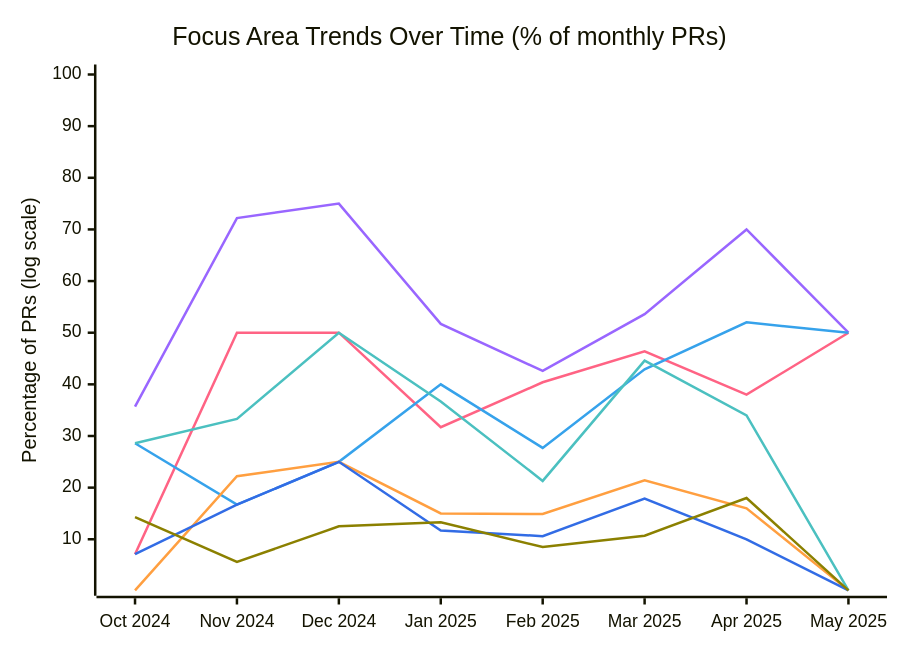
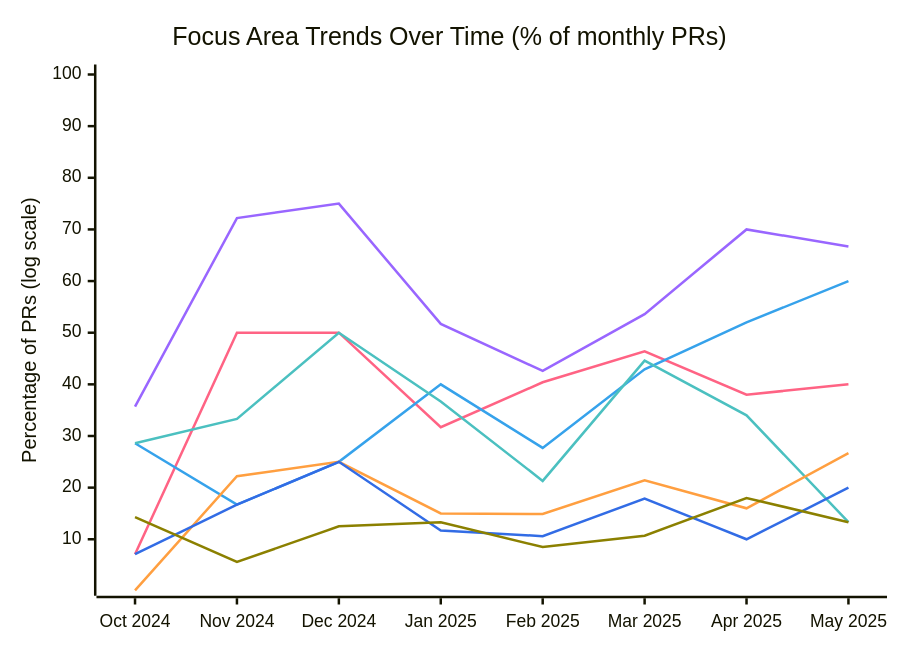
One commit to microsoft/edge-ai changed the eighth of 11 diagrams in docs/contributions.md. Above: the diagram before and after it, drawn with Mermaid. The commit also changed other lines of this file and 6 other files, not shown here.

````diff
--- a/docs/contributions.md
+++ b/docs/contributions.md
@@ -252,8 +258,8 @@
 ``` mermaid
 %%{init: {"themeVariables": {"xyChart": {"plotColorPalette": "#9966FF, #FF6384, #36A2EB, #4BC0C0, #FF9F40, #326CE5, #8B8000"}}}}%%
 xychart-beta
     title "Focus Area Trends Over Time (% of monthly PRs)"
     x-axis ["Oct 2024", "Nov 2024", "Dec 2024", "Jan 2025", "Feb 2025", "Mar 2025", "Apr 2025", "May 2025"]
     y-axis "Percentage of PRs (log scale)" 1 --> 100
-        line "Features" [35.7, 72.2, 75, 51.7, 42.6, 53.6, 70, 50]     line "CI/CD" [7.1, 50, 50, 31.7, 40.4, 46.4, 38, 50]     line "Documentation" [28.6, 16.7, 25, 40, 27.7, 42.9, 52, 50]     line "Bug Fixes" [28.6, 33.3, 50, 36.7, 21.3, 44.6, 34, 0.1]     line "Terraform" [0.1, 22.2, 25, 15, 14.9, 21.4, 16, 0.1]     line "Kubernetes" [7.1, 16.7, 25, 11.7, 10.6, 17.9, 10, 0.1]     line "Refactoring" [14.3, 5.6, 12.5, 13.3, 8.5, 10.7, 18, 0.1]
+        line "Features" [35.7, 72.2, 75, 51.7, 42.6, 53.6, 70, 66.7]     line "CI/CD" [7.1, 50, 50, 31.7, 40.4, 46.4, 38, 40]     line "Documentation" [28.6, 16.7, 25, 40, 27.7, 42.9, 52, 60]     line "Bug Fixes" [28.6, 33.3, 50, 36.7, 21.3, 44.6, 34, 13.3]     line "Terraform" [0.1, 22.2, 25, 15, 14.9, 21.4, 16, 26.7]     line "Kubernetes" [7.1, 16.7, 25, 11.7, 10.6, 17.9, 10, 20]     line "Refactoring" [14.3, 5.6, 12.5, 13.3, 8.5, 10.7, 18, 13.3]
 ```
````
